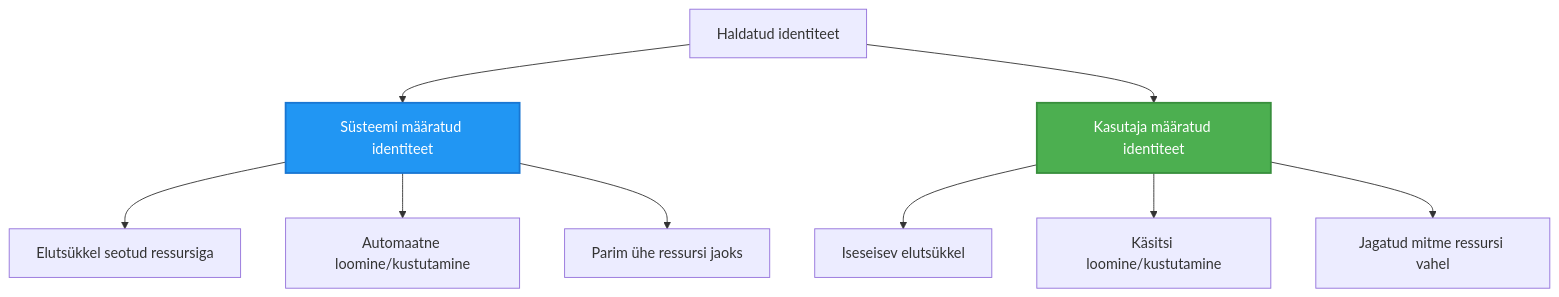
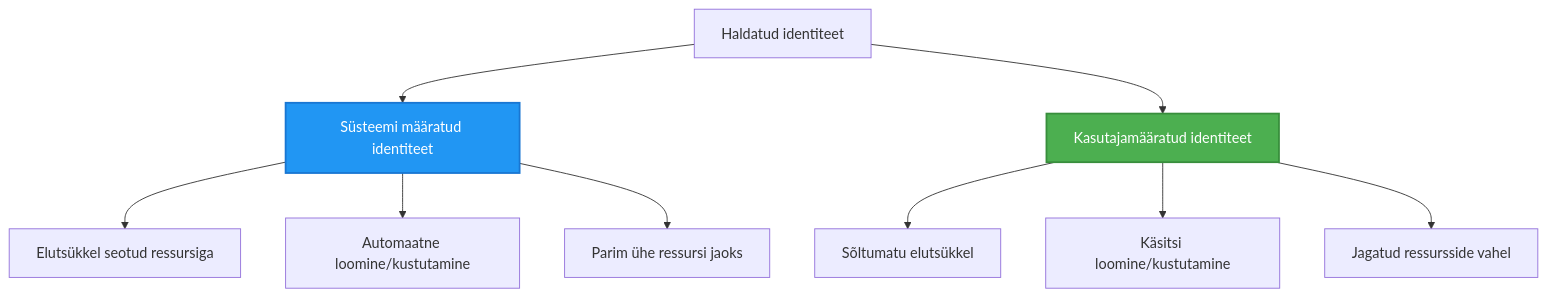
Before and after one commit to microsoft/AZD-for-beginners: the second of 2 diagrams in translations/et/docs/chapter-03-configuration/authsecurity.md, drawn with Mermaid. The commit also changed other lines of this file and 101 other files, not shown here.

````diff
--- a/translations/et/docs/chapter-03-configuration/authsecurity.md
+++ b/translations/et/docs/chapter-03-configuration/authsecurity.md
@@ -97,20 +97,20 @@
 ```mermaid
 graph TB
     MI[Haldatud identiteet]
     SystemAssigned[Süsteemi määratud identiteet]
-    UserAssigned[Kasutaja määratud identiteet]
+    UserAssigned[Kasutajamääratud identiteet]
     
     MI --> SystemAssigned
     MI --> UserAssigned
     
     SystemAssigned --> SA1[Elutsükkel seotud ressursiga]
     SystemAssigned --> SA2[Automaatne loomine/kustutamine]
     SystemAssigned --> SA3[Parim ühe ressursi jaoks]
     
-    UserAssigned --> UA1[Iseseisev elutsükkel]
+    UserAssigned --> UA1[Sõltumatu elutsükkel]
     UserAssigned --> UA2[Käsitsi loomine/kustutamine]
-    UserAssigned --> UA3[Jagatud mitme ressursi vahel]
+    UserAssigned --> UA3[Jagatud ressursside vahel]
     
     style SystemAssigned fill:#2196F3,stroke:#1976D2,stroke-width:2px,color:#fff
     style UserAssigned fill:#4CAF50,stroke:#388E3C,stroke-width:2px,color:#fff
 ```
````
